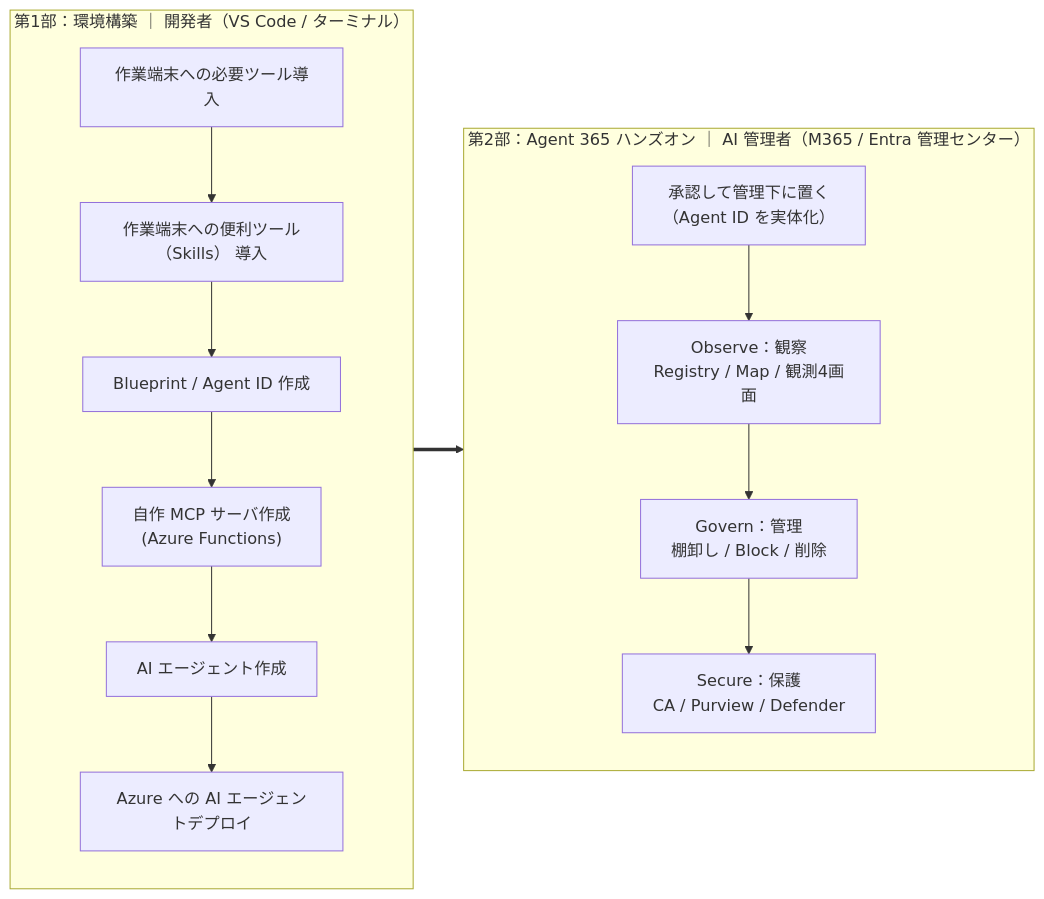
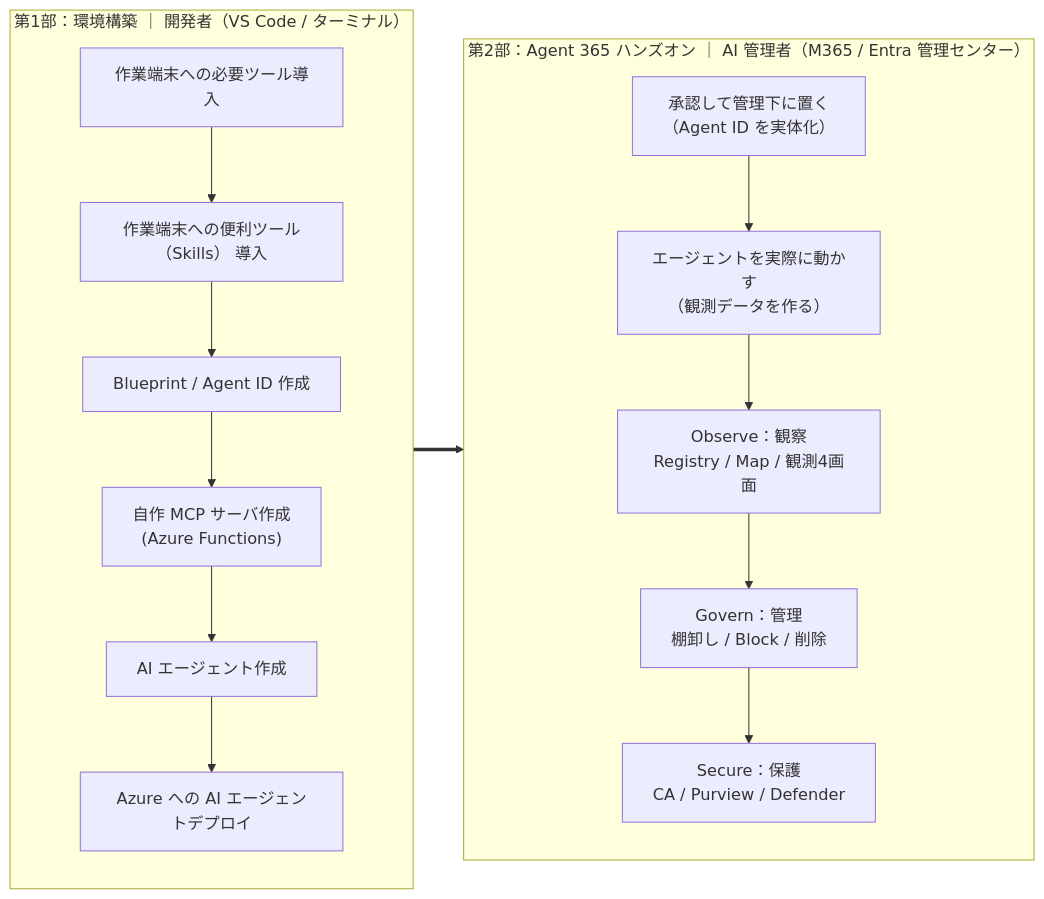
Before and after one commit to fatman3110/Agent365-Training: the diagram in README.MD, drawn with Mermaid. The commit also changed 1 other file, not shown here.

Commit message:
docs(part2): Part1の見出し形式に統一 + Observe前に「エージェントを動かす」準備節(§2)を新設

````diff
--- a/README.MD
+++ b/README.MD
@@ -24,16 +24,17 @@
 ```mermaid
 flowchart LR
     subgraph P1["第1部：環境構築 ｜ 開発者（VS Code / ターミナル）"]
         direction TB
         A1["作業端末への必要ツール導入"] --> A2["作業端末への便利ツール（Skills） 導入"] --> A3["Blueprint / Agent ID 作成"]
         A3 --> A4["自作 MCP サーバ作成<br/>(Azure Functions)"] --> A5["AI エージェント作成"]
         A5 --> A6["Azure への AI エージェントデプロイ"]
     end
     subgraph P2["第2部：Agent 365 ハンズオン ｜ AI 管理者（M365 / Entra 管理センター）"]
         direction TB
-        B1["承認して管理下に置く<br/>（Agent ID を実体化）"] --> B2["Observe：観察<br/>Registry / Map / 観測4画面"]
-        B2 --> B3["Govern：管理<br/>棚卸し / Block / 削除"]
-        B3 --> B4["Secure：保護<br/>CA / Purview / Defender"]
+        B1["承認して管理下に置く<br/>（Agent ID を実体化）"] --> B2["エージェントを実際に動かす<br/>（観測データを作る）"]
+        B2 --> B3["Observe：観察<br/>Registry / Map / 観測4画面"]
+        B3 --> B4["Govern：管理<br/>棚卸し / Block / 削除"]
+        B4 --> B5["Secure：保護<br/>CA / Purview / Defender"]
     end
     A6 ==> B1
 ```
````
